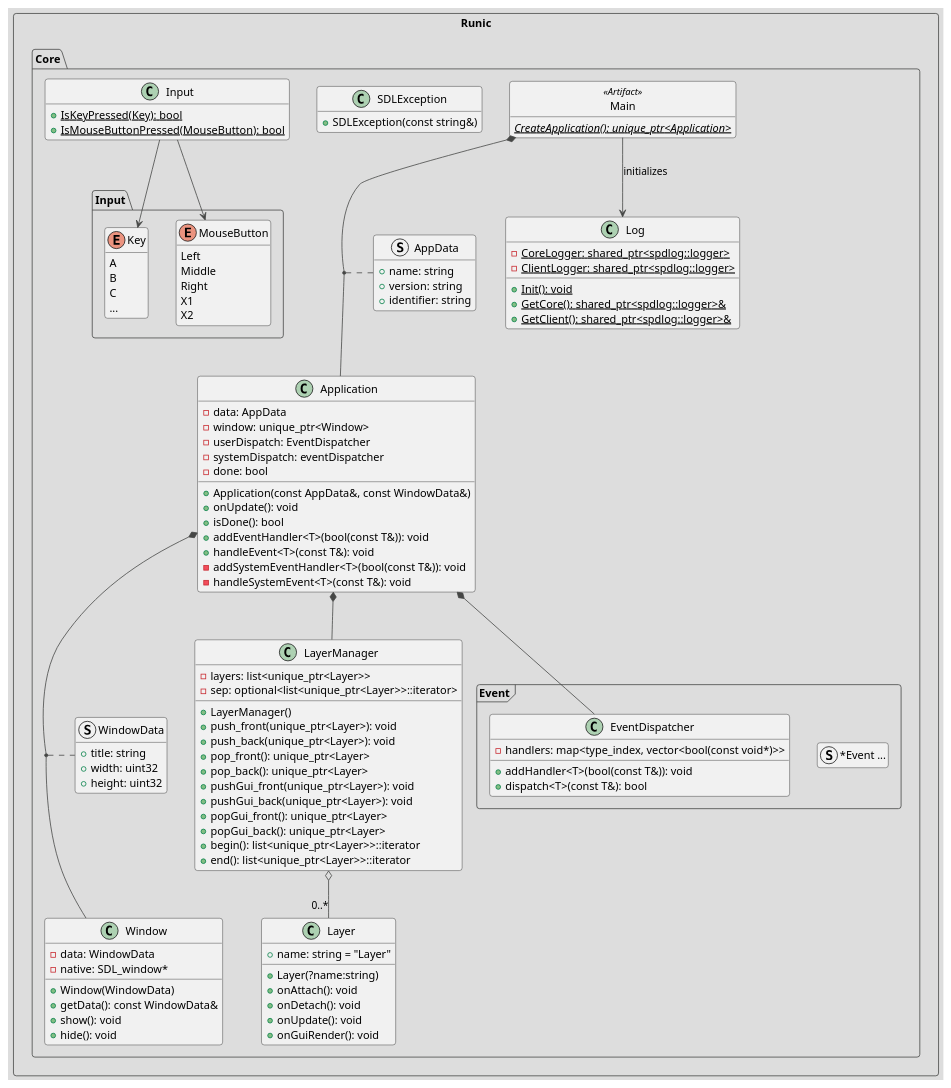
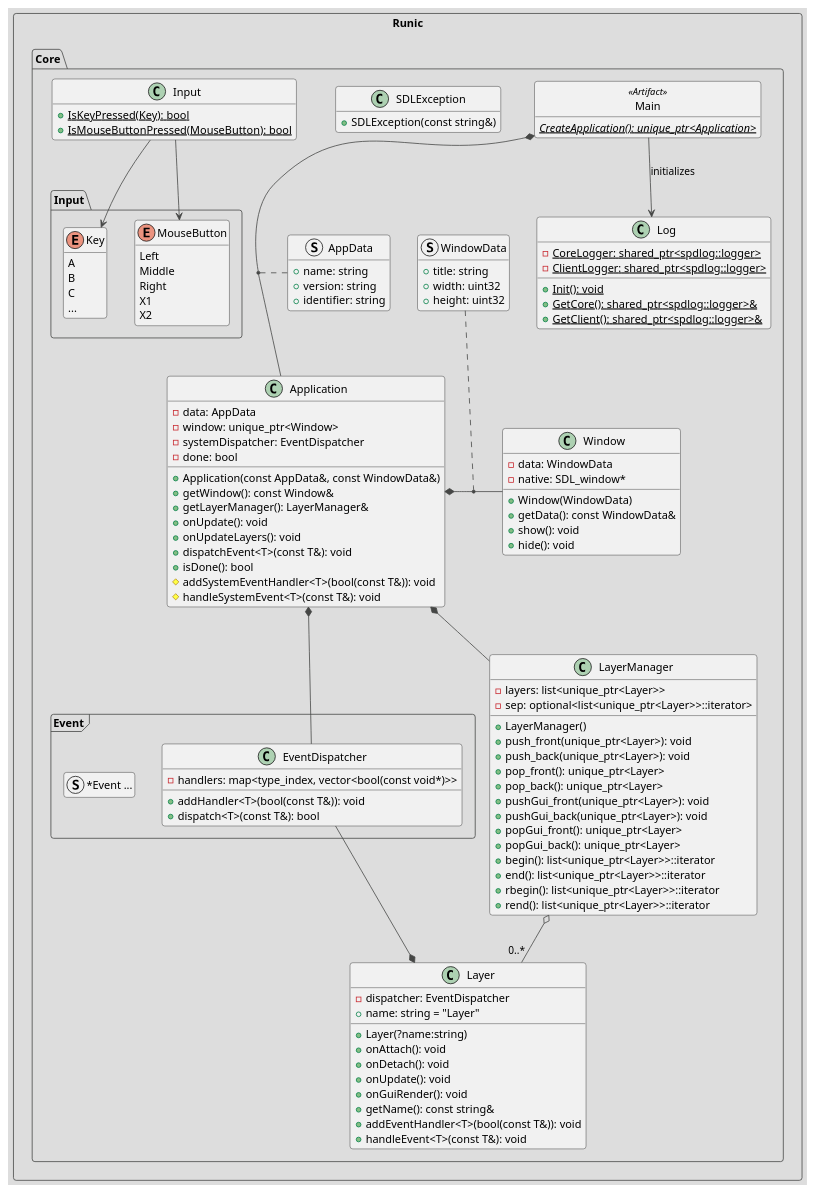
Before and after one commit to dedbox/Runic: the diagram in Runic/doc/classes.plantuml, drawn with PlantUML. The commit also changed 6 other files, not shown here.

```diff
--- a/Runic/doc/classes.plantuml
+++ b/Runic/doc/classes.plantuml
@@ -1,139 +1,148 @@
 @startuml
 !theme toy
 
 package Runic <<rectangle>> {
   package Core <<folder>> {
     class Main <<Artifact>> {
       {static} {abstract} CreateApplication(): unique_ptr<Application>
     }
 
     hide <<Artifact>> circle
     hide <<Artifact>> fields
 
     struct AppData {
       + name: string
       + version: string
       + identifier: string
     }
 
     class Application {
       - data: AppData
       - window: unique_ptr<Window>
-      - userDispatch: EventDispatcher
-      - systemDispatch: eventDispatcher
+      - systemDispatcher: EventDispatcher
       - done: bool
       + Application(const AppData&, const WindowData&)
+      + getWindow(): const Window&
+      + getLayerManager(): LayerManager&
       + onUpdate(): void
+      + onUpdateLayers(): void
+      + dispatchEvent<T>(const T&): void
       + isDone(): bool
-      + addEventHandler<T>(bool(const T&)): void
-      + handleEvent<T>(const T&): void
-      - addSystemEventHandler<T>(bool(const T&)): void
-      - handleSystemEvent<T>(const T&): void
+      # addSystemEventHandler<T>(bool(const T&)): void
+      # handleSystemEvent<T>(const T&): void
     }
 
     Main *-- Application
-    (Main, Application) . AppData
+    AppData . (Main, Application)
 
     struct WindowData {
       + title: string
       + width: uint32
       + height: uint32
     }
 
     class Window {
       - data: WindowData
       - native: SDL_window*
       + Window(WindowData)
       + getData(): const WindowData&
       + show(): void
       + hide(): void
     }
 
-    Application *-- Window
-    (Application, Window) . WindowData
+    Application *-right- Window
+    WindowData . (Application, Window)
 
     class SDLException {
       + SDLException(const string&)
     }
 
     class Log {
       {static} - CoreLogger: shared_ptr<spdlog::logger>
       {static} - ClientLogger: shared_ptr<spdlog::logger>
       {static} + Init(): void
       {static} + GetCore(): shared_ptr<spdlog::logger>&
       {static} + GetClient(): shared_ptr<spdlog::logger>&
     }
 
     Main --> Log : initializes
 
     class Input {
       {static} + IsKeyPressed(Key): bool
       {static} + IsMouseButtonPressed(MouseButton): bool
     }
 
     package Input as InputPkg {
       enum Key {
         A
         B
         C
         ...
       }
 
       enum MouseButton {
         Left
         Middle
         Right
         X1
         X2
       }
     }
 
     Input --> Key
     Input --> MouseButton
 
     package Event <<Frame>> {
       struct "*Event ..." as ConcreteEvent
 
       class EventDispatcher {
         {field} - handlers: map<type_index, vector<bool(const void*)>>
         + addHandler<T>(bool(const T&)): void
         + dispatch<T>(const T&): bool
       }
     }
 
     Application *-- EventDispatcher
 
     class Layer {
+      - dispatcher: EventDispatcher
       + name: string = "Layer"
       + Layer(?name:string)
       + onAttach(): void
       + onDetach(): void
       + onUpdate(): void
       + onGuiRender(): void
+      + getName(): const string&
+      + addEventHandler<T>(bool(const T&)): void
+      + handleEvent<T>(const T&): void
     }
+
+    Layer *-left- EventDispatcher
 
     class LayerManager {
       - layers: list<unique_ptr<Layer>>
       - sep: optional<list<unique_ptr<Layer>>::iterator>
       + LayerManager()
       + push_front(unique_ptr<Layer>): void
       + push_back(unique_ptr<Layer>): void
       + pop_front(): unique_ptr<Layer>
       + pop_back(): unique_ptr<Layer>
       + pushGui_front(unique_ptr<Layer>): void
       + pushGui_back(unique_ptr<Layer>): void
       + popGui_front(): unique_ptr<Layer>
       + popGui_back(): unique_ptr<Layer>
       + begin(): list<unique_ptr<Layer>>::iterator
       + end(): list<unique_ptr<Layer>>::iterator
+      + rbegin(): list<unique_ptr<Layer>>::iterator
+      + rend(): list<unique_ptr<Layer>>::iterator
     }
 
     LayerManager o-- "0..*" Layer
 
     Application *-- LayerManager
   }
 }
 
 hide empty members
 
 @enduml
```
